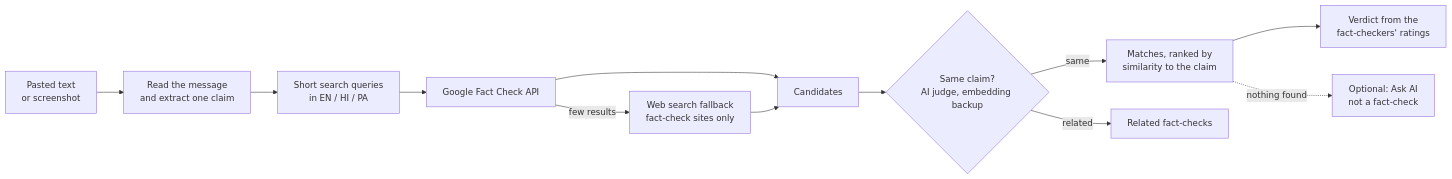
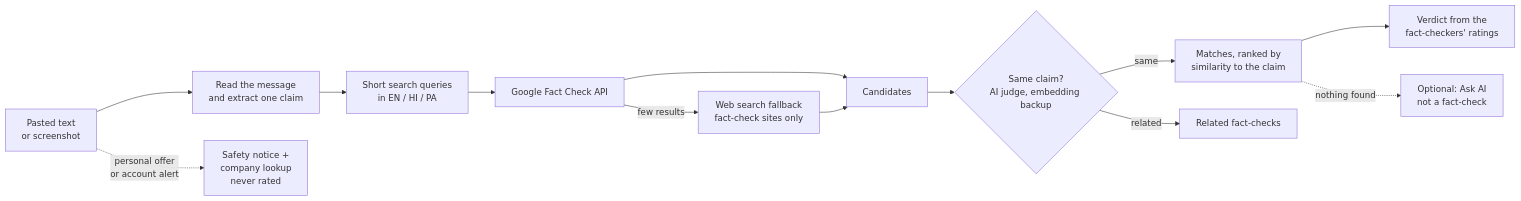
One commit to rajnishjhajhria/ClaimLens changed the diagram in README.md. Above: the diagram before and after it, drawn with Mermaid. The commit also changed other lines of this file and 8 other files, not shown here.

````diff
--- a/README.md
+++ b/README.md
@@ -38,14 +52,15 @@
 ```mermaid
 flowchart LR
     A[Pasted text<br/>or screenshot] --> B[Read the message<br/>and extract one claim]
     B --> C[Short search queries<br/>in EN / HI / PA]
     C --> D[Google Fact Check API]
     D -->|few results| E[Web search fallback<br/>fact-check sites only]
     D --> F[Candidates]
     E --> F
     F --> G{Same claim?<br/>AI judge, embedding backup}
     G -->|same| H[Matches, ranked by<br/>similarity to the claim]
     G -->|related| I[Related fact-checks]
     H --> J[Verdict from the<br/>fact-checkers' ratings]
     H -.nothing found.-> K[Optional: Ask AI<br/>not a fact-check]
+    A -.personal offer<br/>or account alert.-> L[Safety notice +<br/>company lookup<br/>never rated]
 ```
````
